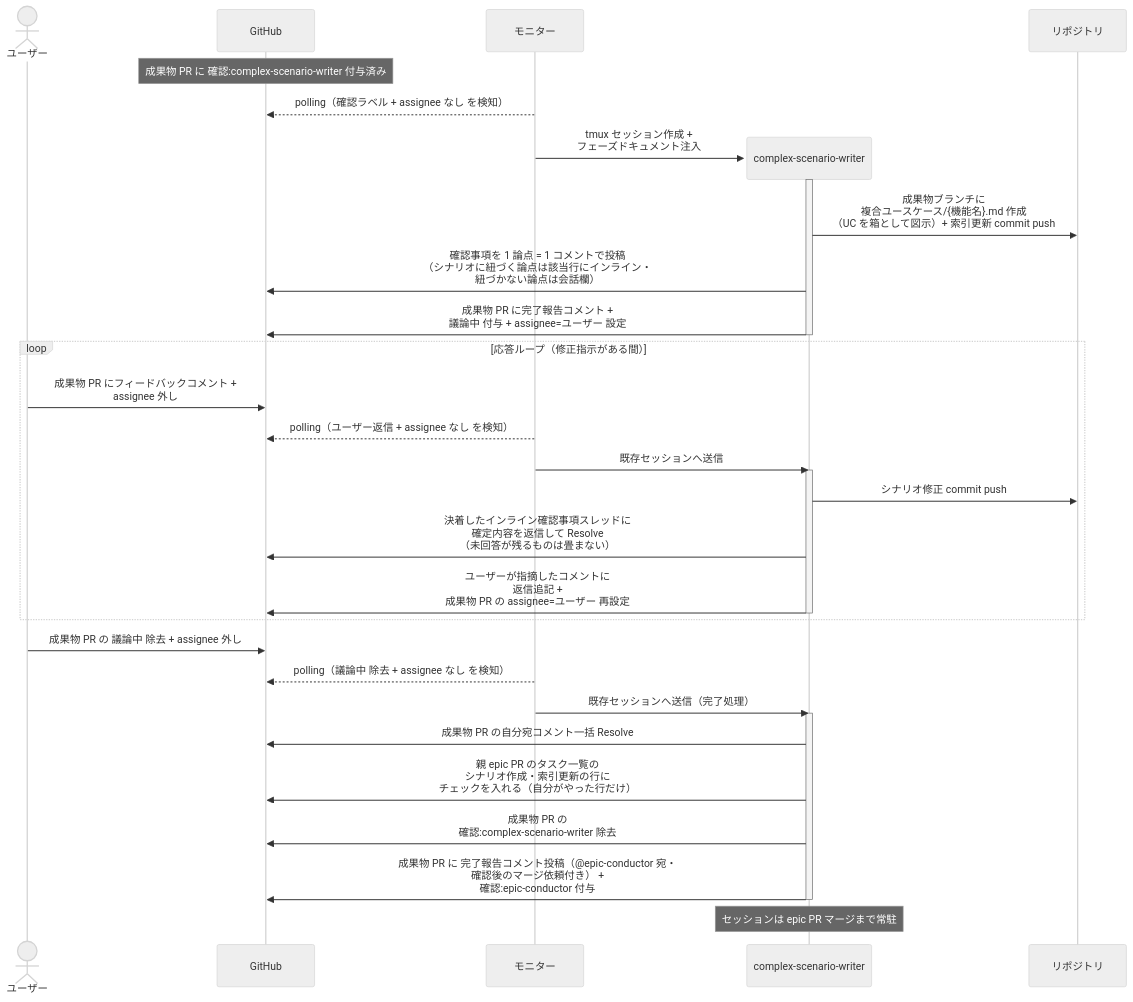
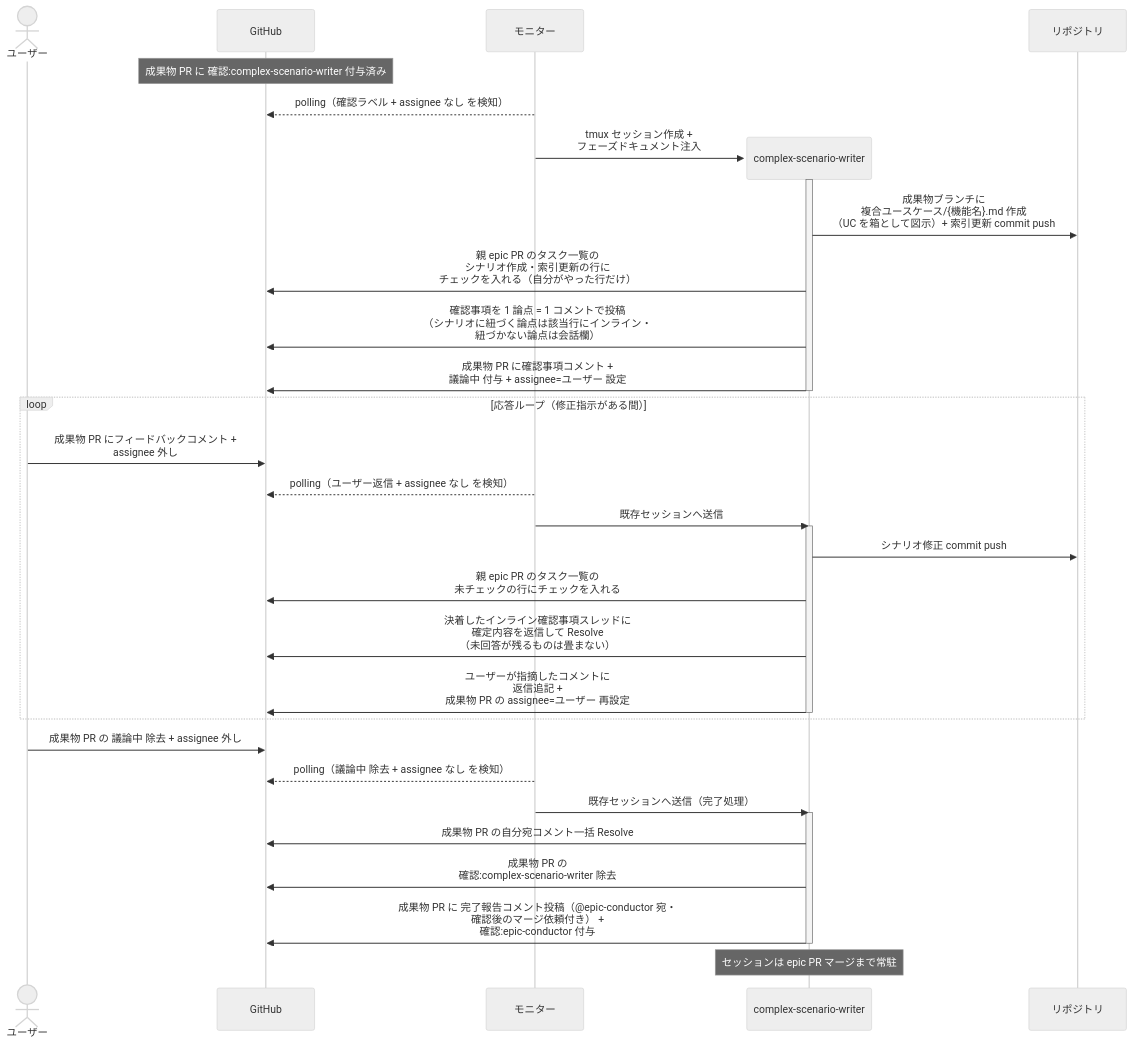
One commit to shuhei1101/ai-monitor changed the first of 3 diagrams in docs/wiki/設計図/シナリオ/単一ユースケース/複合シナリオ設計.md. Above: the diagram before and after it, drawn with Mermaid (neutral theme). The commit also changed other lines of this file and 174 other files, not shown here.

````diff
--- a/docs/wiki/設計図/シナリオ/単一ユースケース/複合シナリオ設計.md
+++ b/docs/wiki/設計図/シナリオ/単一ユースケース/複合シナリオ設計.md
@@ -27,39 +27,40 @@
 ```mermaid
 sequenceDiagram
   actor U as ユーザー
   participant GH as GitHub
   participant ORC as モニター
 
   Note over GH: 成果物 PR に 確認:complex-scenario-writer 付与済み
   ORC-->>GH: polling（確認ラベル + assignee なし を検知）
   create participant MON as complex-scenario-writer
   ORC->>MON: tmux セッション作成 +<br>フェーズドキュメント注入
   participant REPO as リポジトリ
   activate MON
   MON->>REPO: 成果物ブランチに<br>複合ユースケース/{機能名}.md 作成<br>（UC を箱として図示）+ 索引更新 commit push
+  MON->>GH: 親 epic PR のタスク一覧の<br>シナリオ作成・索引更新の行に<br>チェックを入れる（自分がやった行だけ）
   MON->>GH: 確認事項を 1 論点 = 1 コメントで投稿<br>（シナリオに紐づく論点は該当行にインライン・<br>紐づかない論点は会話欄）
-  MON->>GH: 成果物 PR に完了報告コメント +<br>議論中 付与 + assignee=ユーザー 設定
+  MON->>GH: 成果物 PR に確認事項コメント +<br>議論中 付与 + assignee=ユーザー 設定
   deactivate MON
 
   loop 応答ループ（修正指示がある間）
     U->>GH: 成果物 PR にフィードバックコメント +<br>assignee 外し
     ORC-->>GH: polling（ユーザー返信 + assignee なし を検知）
     ORC->>MON: 既存セッションへ送信
     activate MON
     MON->>REPO: シナリオ修正 commit push
+    MON->>GH: 親 epic PR のタスク一覧の<br>未チェックの行にチェックを入れる
     MON->>GH: 決着したインライン確認事項スレッドに<br>確定内容を返信して Resolve<br>（未回答が残るものは畳まない）
     MON->>GH: ユーザーが指摘したコメントに<br>返信追記 +<br>成果物 PR の assignee=ユーザー 再設定
     deactivate MON
   end
 
   U->>GH: 成果物 PR の 議論中 除去 + assignee 外し
   ORC-->>GH: polling（議論中 除去 + assignee なし を検知）
   ORC->>MON: 既存セッションへ送信（完了処理）
   activate MON
   MON->>GH: 成果物 PR の自分宛コメント一括 Resolve
-  MON->>GH: 親 epic PR のタスク一覧の<br>シナリオ作成・索引更新の行に<br>チェックを入れる（自分がやった行だけ）
   MON->>GH: 成果物 PR の<br>確認:complex-scenario-writer 除去
   MON->>GH: 成果物 PR に 完了報告コメント投稿（@epic-conductor 宛・<br>確認後のマージ依頼付き） +<br>確認:epic-conductor 付与
   deactivate MON
   Note over MON: セッションは epic PR マージまで常駐
 ```
````
